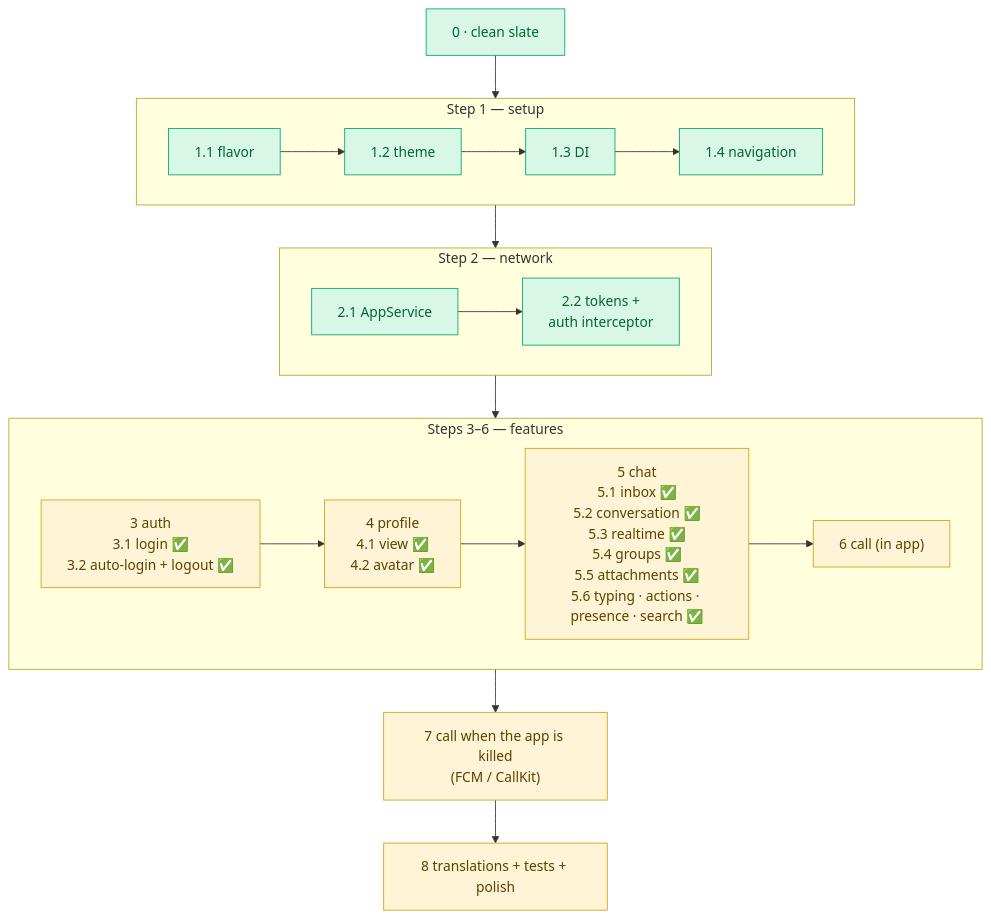
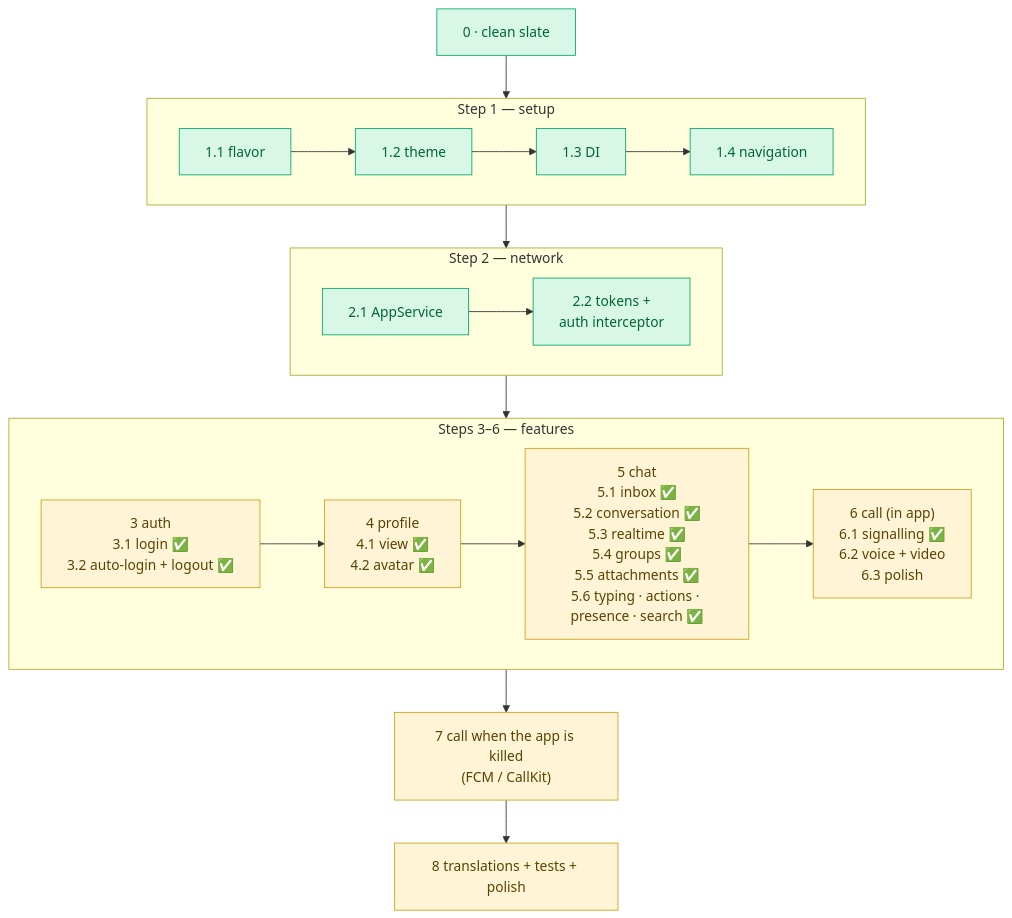
One commit to krouchvanyda/erp_flutter_claude changed the third of 3 diagrams in docs/learning/REBUILD/README.md. Above: the diagram before and after it, drawn with Mermaid. The commit also changed other lines of this file and 36 other files, not shown here.

````diff
--- a/docs/learning/REBUILD/README.md
+++ b/docs/learning/REBUILD/README.md
@@ -73,26 +73,26 @@
 ```mermaid
 flowchart TD
     S0["0 · clean slate"] --> STEP1
     subgraph STEP1["Step 1 — setup"]
         direction LR
         S11["1.1 flavor"] --> S12["1.2 theme"] --> S13["1.3 DI"] --> S14["1.4 navigation"]
     end
     STEP1 --> STEP2
     subgraph STEP2["Step 2 — network"]
         direction LR
         S21["2.1 AppService"] --> S22["2.2 tokens +<br/>auth interceptor"]
     end
     STEP2 --> FEATS
     subgraph FEATS["Steps 3–6 — features"]
         direction LR
-        S3["3 auth<br/>3.1 login ✅<br/>3.2 auto-login + logout ✅"] --> S4["4 profile<br/>4.1 view ✅<br/>4.2 avatar ✅"] --> S5["5 chat<br/>5.1 inbox ✅<br/>5.2 conversation ✅<br/>5.3 realtime ✅<br/>5.4 groups ✅<br/>5.5 attachments ✅<br/>5.6 typing · actions · presence · search ✅"] --> S6["6 call (in app)"]
+        S3["3 auth<br/>3.1 login ✅<br/>3.2 auto-login + logout ✅"] --> S4["4 profile<br/>4.1 view ✅<br/>4.2 avatar ✅"] --> S5["5 chat<br/>5.1 inbox ✅<br/>5.2 conversation ✅<br/>5.3 realtime ✅<br/>5.4 groups ✅<br/>5.5 attachments ✅<br/>5.6 typing · actions · presence · search ✅"] --> S6["6 call (in app)<br/>6.1 signalling ✅<br/>6.2 voice + video<br/>6.3 polish"]
     end
     FEATS --> S7["7 call when the app is killed<br/>(FCM / CallKit)"] --> S8["8 translations + tests + polish"]
     class S0,S11,S12,S13,S14,S21,S22 ok
     class S3,S4,S5,S6,S7,S8 wait
     classDef app fill:#dbe9ff,stroke:#3b6fd8,color:#123
     classDef ok fill:#d9f7e6,stroke:#00a86b,color:#063
     classDef wait fill:#fff4d6,stroke:#d4a017,color:#5a4300
     classDef none fill:#eeeeee,stroke:#999,color:#555
     classDef err fill:#fde2e2,stroke:#d64545,color:#611
 ```
````
